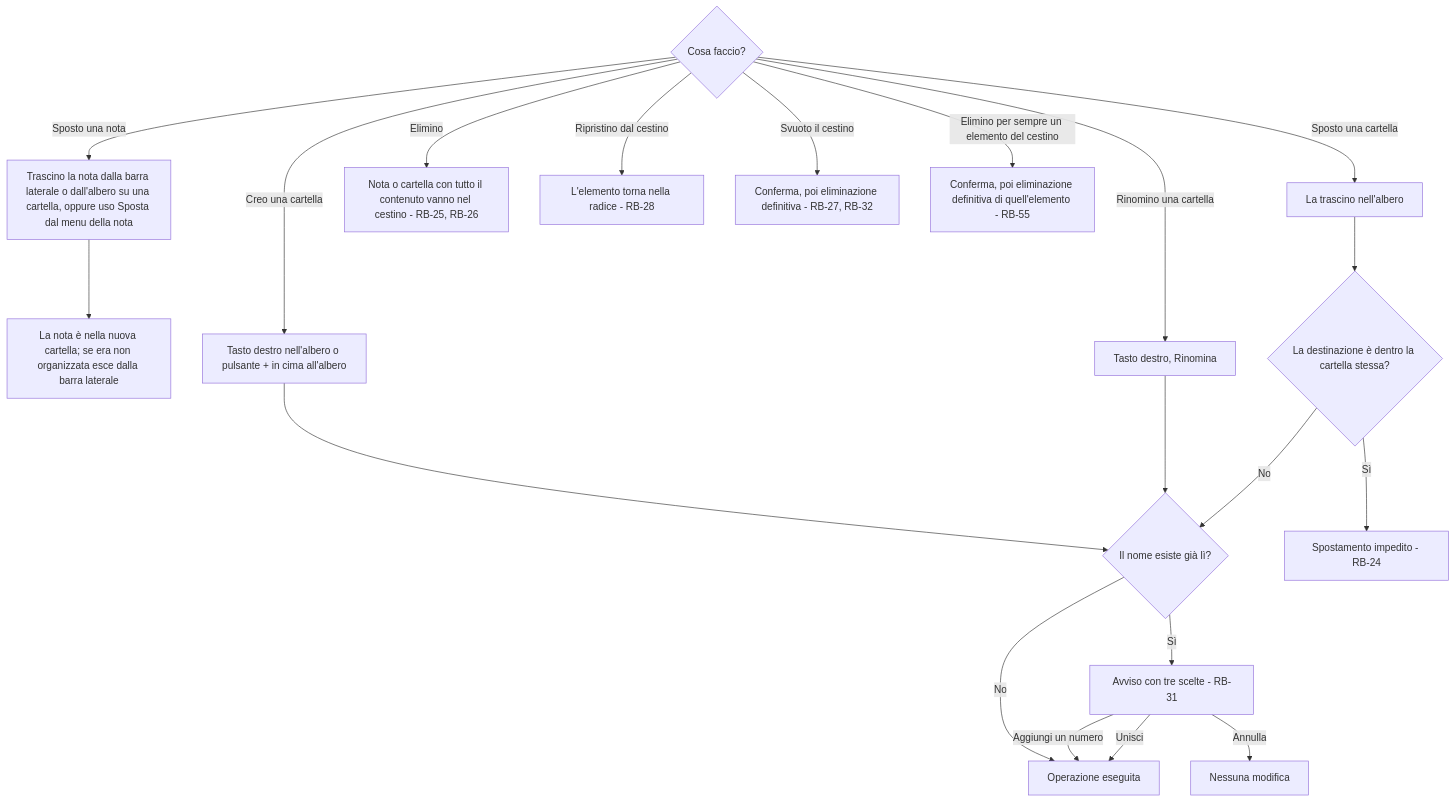
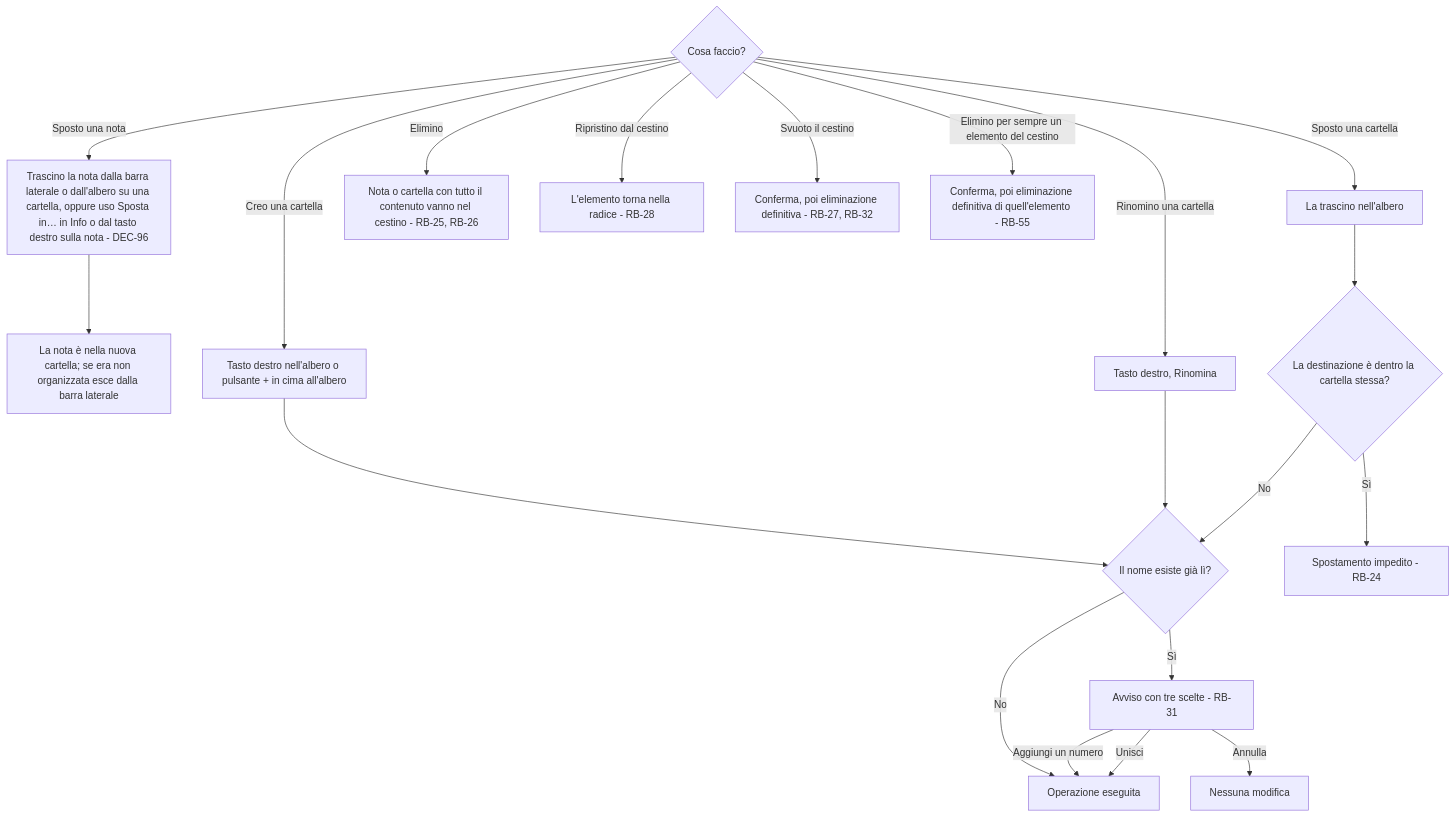
Before and after one commit to Helmutsti/MemoDu: the first of 3 diagrams in docs/moduli/organizzazione/2-flussi.md, drawn with Mermaid. The commit also changed other lines of this file and 40 other files, not shown here.

First line of the commit message:
DEC-102 e allineamento generale della documentazione

````diff
--- a/docs/moduli/organizzazione/2-flussi.md
+++ b/docs/moduli/organizzazione/2-flussi.md
@@ -8,22 +8,22 @@
 ```mermaid
 flowchart TD
-    A{Cosa faccio?} -- Sposto una nota --> B[Trascino la nota dalla barra laterale o dall'albero su una cartella, oppure uso Sposta dal menu della nota]
+    A{Cosa faccio?} -- Sposto una nota --> B[Trascino la nota dalla barra laterale o dall'albero su una cartella, oppure uso Sposta in… in Info o dal tasto destro sulla nota - DEC-96]
     B --> Z[La nota è nella nuova cartella; se era non organizzata esce dalla barra laterale]
     A -- Creo una cartella --> C[Tasto destro nell'albero o pulsante + in cima all'albero]
     C --> N{Il nome esiste già lì?}
     A -- Rinomino una cartella --> D[Tasto destro, Rinomina]
     D --> N
     A -- Sposto una cartella --> E[La trascino nell'albero]
     E --> F{La destinazione è dentro la cartella stessa?}
     F -- Sì --> G[Spostamento impedito - RB-24]
     F -- No --> N
     N -- No --> Y[Operazione eseguita]
     N -- Sì --> H[Avviso con tre scelte - RB-31]
     H -- Aggiungi un numero --> Y
     H -- Unisci --> Y
     H -- Annulla --> X[Nessuna modifica]
     A -- Elimino --> I[Nota o cartella con tutto il contenuto vanno nel cestino - RB-25, RB-26]
     A -- Ripristino dal cestino --> J[L'elemento torna nella radice - RB-28]
     A -- Svuoto il cestino --> K[Conferma, poi eliminazione definitiva - RB-27, RB-32]
     A -- Elimino per sempre un elemento del cestino --> L[Conferma, poi eliminazione definitiva di quell'elemento - RB-55]
 ```
````
